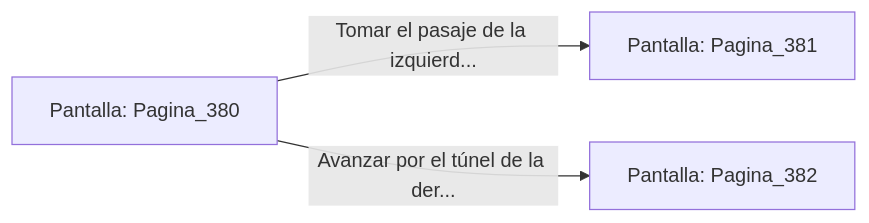
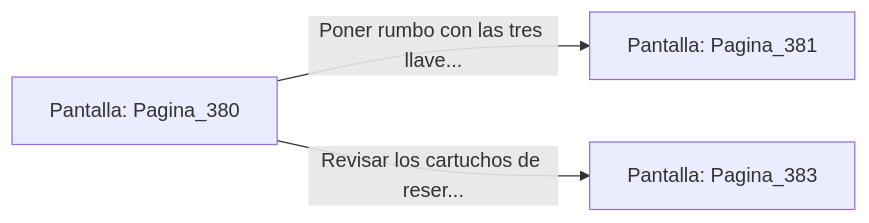
Before and after one commit to metsuke/mpl: the diagram in sample/eligejuego-vault/Pantalla_Pagina_380.md, drawn with Mermaid. The commit also changed other lines of this file and 635 other files, not shown here.

First line of the commit message:
fix: añadir Pagina_1 como pantalla inicial en capitulo_01.mpl

````diff
--- a/sample/eligejuego-vault/Pantalla_Pagina_380.md
+++ b/sample/eligejuego-vault/Pantalla_Pagina_380.md
@@ -20,6 +22,6 @@
 ```mermaid
 graph LR
     P_Pagina_380["Pantalla: Pagina_380"]
-    P_Pagina_380 -->|"Tomar el pasaje de la izquierd..."| P_Pagina_381["Pantalla: Pagina_381"]
-    P_Pagina_380 -->|"Avanzar por el túnel de la der..."| P_Pagina_382["Pantalla: Pagina_382"]
+    P_Pagina_380 -->|"Poner rumbo con las tres llave..."| P_Pagina_381["Pantalla: Pagina_381"]
+    P_Pagina_380 -->|"Revisar los cartuchos de reser..."| P_Pagina_383["Pantalla: Pagina_383"]
 ```
````
